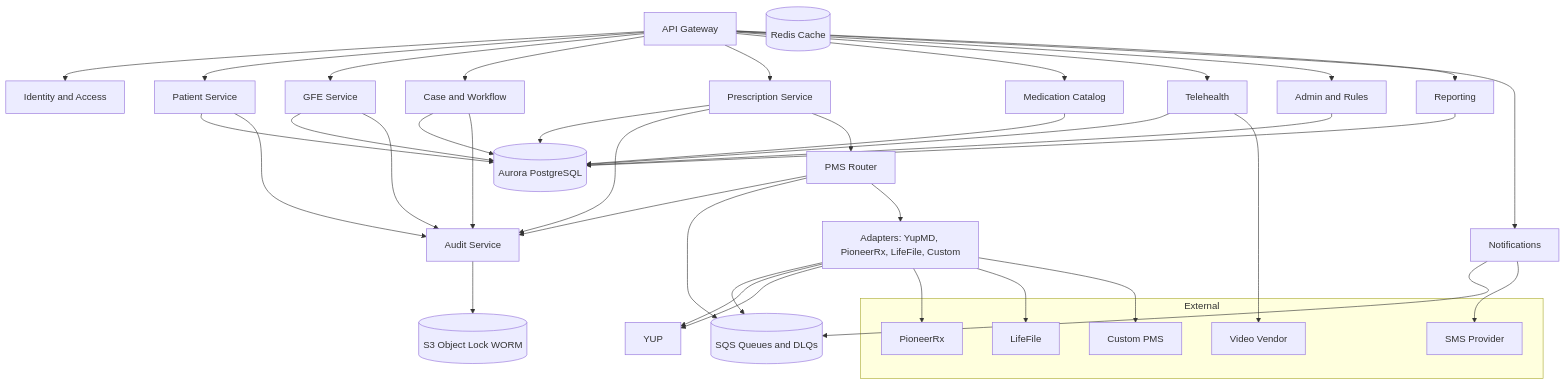
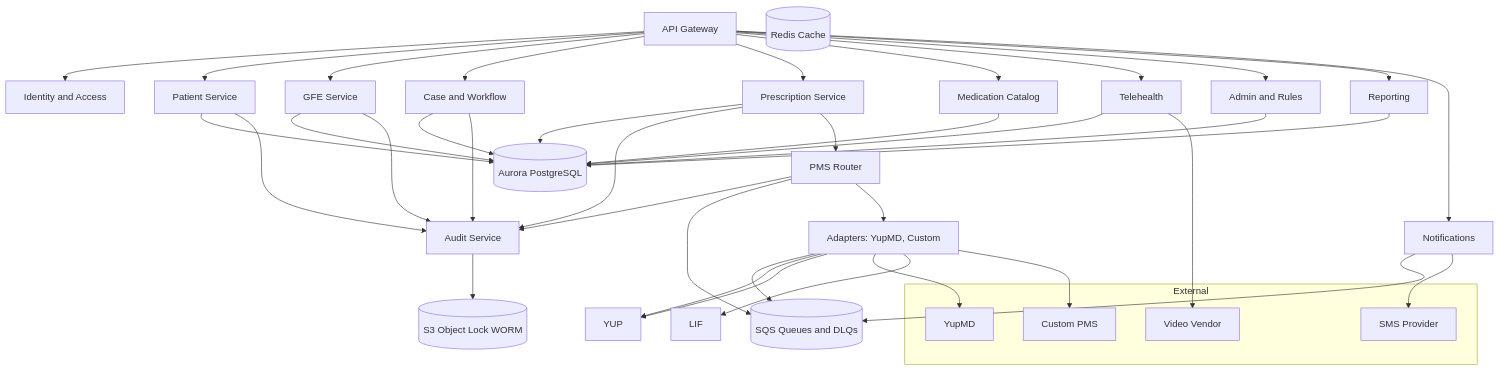
The second of 8 diagrams in project_in_a_page.md (haunguyen90/EMR_solution_planning), drawn with Mermaid before and after one commit. The commit also changed other lines of this file, not shown here.

Commit message:
Remove PioneerRx from the solution git push origin main

````diff
--- a/project_in_a_page.md
+++ b/project_in_a_page.md
@@ -158,72 +156,71 @@
 ```mermaid
 flowchart TB
   GW[API Gateway]
   AUTH[Identity and Access]
   PAT[Patient Service]
   GFE[GFE Service]
   CASE[Case and Workflow]
   RX[Prescription Service]
   CAT[Medication Catalog]
   ROUTER[PMS Router]
-  ADAPTERS[Adapters: YupMD, PioneerRx, LifeFile, Custom]
+  ADAPTERS[Adapters: YupMD, Custom]
   TEL[Telehealth]
   NOTIF[Notifications]
   AUD[Audit Service]
   ADMIN[Admin and Rules]
   REPORT[Reporting]
 
   DB[(Aurora PostgreSQL)]
   OBJ[(S3 Object Lock WORM)]
   QUEUE[(SQS Queues and DLQs)]
   CACHE[(Redis Cache)]
 
   GW --> AUTH
   GW --> PAT
   GW --> GFE
   GW --> CASE
   GW --> RX
   GW --> CAT
   GW --> TEL
   GW --> ADMIN
   GW --> REPORT
   GW --> NOTIF
 
   PAT --> DB
   GFE --> DB
   CASE --> DB
   RX --> DB
   CAT --> DB
   TEL --> DB
   ADMIN --> DB
   REPORT --> DB
 
   PAT --> AUD
   GFE --> AUD
   CASE --> AUD
   RX --> AUD
   ROUTER --> AUD
   AUD --> OBJ
 
   RX --> ROUTER
   ROUTER --> QUEUE
   ADAPTERS --> QUEUE
   ROUTER --> ADAPTERS
 
   NOTIF --> QUEUE
 
   subgraph External
     SMS[SMS Provider]
     VIDEO[Video Vendor]
-    PIO[PioneerRx]
-    LIF[LifeFile]
+    PIO[YupMD]
     CUS[Custom PMS]
   end
 
   NOTIF --> SMS
   TEL --> VIDEO
   ADAPTERS --> YUP
   ADAPTERS --> YUP
   ADAPTERS --> PIO
   ADAPTERS --> LIF
   ADAPTERS --> CUS
 ```
````
